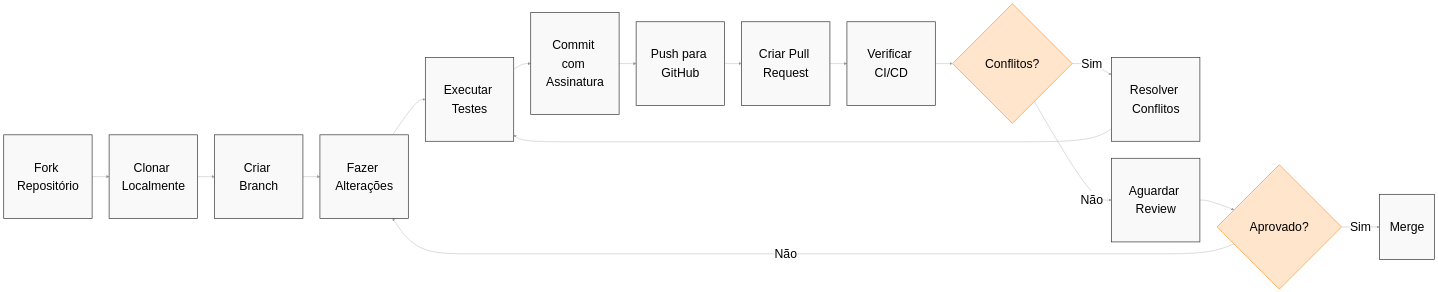
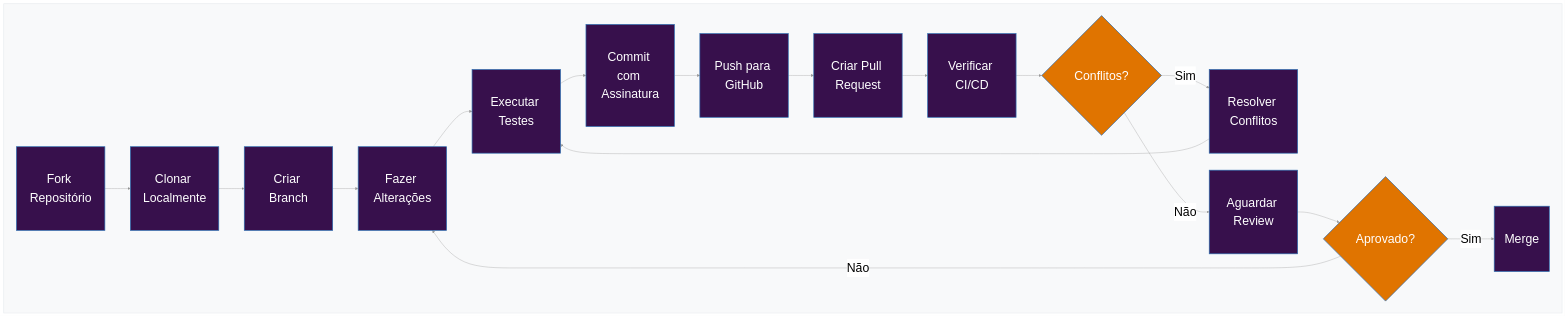
Before and after one commit to guardiafinance/hub: the diagram in docs/community/CONTRIBUTING.md, drawn with Mermaid. The commit also changed 2 other files, not shown here.

Commit message:
style: use guardia style sheet

````diff
--- a/docs/community/CONTRIBUTING.md
+++ b/docs/community/CONTRIBUTING.md
@@ -62,24 +62,28 @@
 ```mermaid
 graph LR
     %%{init: {'theme': 'neutral', 'themeVariables': { 'fontSize': '36px', 'fontFamily': 'arial', 'nodeSpacing': 120, 'rankSpacing': 100, 'lineColor': '#999999'}}}%%
-    classDef default fill:#f9f9f9,stroke:#333,stroke-width:2px,font-size:36px,font-family:arial,padding:20px;
-    classDef decision fill:#ffe5cc,stroke:#ff9933,stroke-width:2px,font-size:36px,font-family:arial,padding:20px;
+    classDef default fill:#37104c,stroke:#2b6cb0,stroke-width:2px,font-size:36px,font-family:arial,padding:20px,color:#fff;
+    classDef decision fill:#e07400,stroke:#2b6cb0,stroke-width:2px,font-size:36px,font-family:arial,padding:20px,color:#fff;
 
-    A[Fork Repositório] --> B[Clonar Localmente]
-    B --> C[Criar Branch]
-    C --> D[Fazer Alterações]
-    D --> E[Executar Testes]
-    E --> F[Commit com Assinatura]
-    F --> G[Push para GitHub]
-    G --> H[Criar Pull Request]
-    H --> I[Verificar CI/CD]
-    I --> J{Conflitos?}
-    J -->|Sim| K[Resolver Conflitos]
-    K --> E
-    J -->|Não| L[Aguardar Review]
-    L --> M{Aprovado?}
-    M -->|Sim| N[Merge]
-    M -->|Não| D
+    subgraph Flow[" "]
+      direction LR
+        style Flow fill:#f8f9fa,stroke:#e9ecef,stroke-width:2px
+        A[Fork Repositório] --> B[Clonar Localmente]
+        B --> C[Criar Branch]
+        C --> D[Fazer Alterações]
+        D --> E[Executar Testes]
+        E --> F[Commit com Assinatura]
+        F --> G[Push para GitHub]
+        G --> H[Criar Pull Request]
+        H --> I[Verificar CI/CD]
+        I --> J{Conflitos?}
+        J -->|Sim| K[Resolver Conflitos]
+        K --> E
+        J -->|Não| L[Aguardar Review]
+        L --> M{Aprovado?}
+        M -->|Sim| N[Merge]
+        M -->|Não| D
+    end
 
     class J,M decision;
 ```
````
